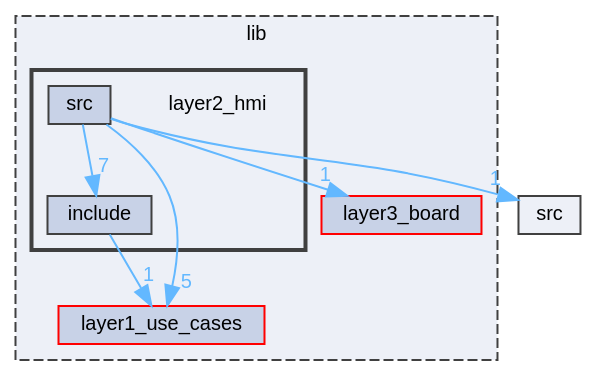
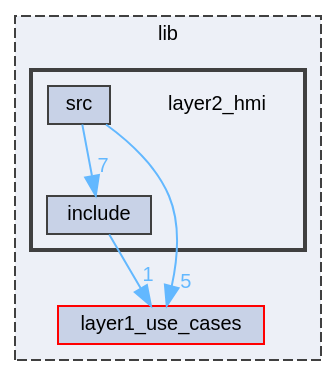
Before and after one commit to Task-Tracker-Systems/Task-Tracker-Device: the diagram in feature/clean-structure-for-hmi-interaction/dir_a647c64d7ac458a08d86dd39ddd46fd3_dep.dot, drawn with Graphviz. The commit also changed 245 other files, not shown here.

```diff
--- a/feature/clean-structure-for-hmi-interaction/dir_a647c64d7ac458a08d86dd39ddd46fd3_dep.dot
+++ b/feature/clean-structure-for-hmi-interaction/dir_a647c64d7ac458a08d86dd39ddd46fd3_dep.dot
@@ -1,25 +1,21 @@
 digraph "lib/layer2_hmi"
 {
  // LATEX_PDF_SIZE
   bgcolor="transparent";
   edge [fontname=Helvetica,fontsize=10,labelfontname=Helvetica,labelfontsize=10];
   node [fontname=Helvetica,fontsize=10,shape=box,height=0.2,width=0.4];
   compound=true
   subgraph clusterdir_97aefd0d527b934f1d99a682da8fe6a9 {
     graph [ bgcolor="#edf0f7", pencolor="grey25", label="lib", fontname=Helvetica,fontsize=10 style="filled,dashed", URL="dir_97aefd0d527b934f1d99a682da8fe6a9.xhtml",tooltip=""]
   dir_bc8d9efccb68c9442e5dc466270ac2ea [label="layer1_use_cases", fillcolor="#c8d2e7", color="red", style="filled", URL="dir_bc8d9efccb68c9442e5dc466270ac2ea.xhtml",tooltip=""];
-  dir_5c46fa0267ad0d15fb3a57afaaf550a7 [label="layer3_board", fillcolor="#c8d2e7", color="red", style="filled", URL="dir_5c46fa0267ad0d15fb3a57afaaf550a7.xhtml",tooltip="board abstraction layer"];
   subgraph clusterdir_a647c64d7ac458a08d86dd39ddd46fd3 {
     graph [ bgcolor="#edf0f7", pencolor="grey25", label="", fontname=Helvetica,fontsize=10 style="filled,bold", URL="dir_a647c64d7ac458a08d86dd39ddd46fd3.xhtml",tooltip=""]
     dir_a647c64d7ac458a08d86dd39ddd46fd3 [shape=plaintext, label="layer2_hmi"];
   dir_5cc884592035fcf1f8f92921114afb76 [label="include", fillcolor="#c8d2e7", color="grey25", style="filled", URL="dir_5cc884592035fcf1f8f92921114afb76.xhtml",tooltip=""];
   dir_9bd86a7a38936839c6e136efba5b5507 [label="src", fillcolor="#c8d2e7", color="grey25", style="filled", URL="dir_9bd86a7a38936839c6e136efba5b5507.xhtml",tooltip=""];
   }
   }
-  dir_68267d1309a1af8e8297ef4c3efbcdba [label="src", fillcolor="#edf0f7", color="grey25", style="filled", URL="dir_68267d1309a1af8e8297ef4c3efbcdba.xhtml",tooltip=""];
   dir_5cc884592035fcf1f8f92921114afb76->dir_bc8d9efccb68c9442e5dc466270ac2ea [headlabel="1", labeldistance=1.5 headhref="dir_000002_000004.xhtml" href="dir_000002_000004.xhtml" color="steelblue1" fontcolor="steelblue1"];
-  dir_9bd86a7a38936839c6e136efba5b5507->dir_5c46fa0267ad0d15fb3a57afaaf550a7 [headlabel="1", labeldistance=1.5 headhref="dir_000010_000006.xhtml" href="dir_000010_000006.xhtml" color="steelblue1" fontcolor="steelblue1"];
   dir_9bd86a7a38936839c6e136efba5b5507->dir_5cc884592035fcf1f8f92921114afb76 [headlabel="7", labeldistance=1.5 headhref="dir_000010_000002.xhtml" href="dir_000010_000002.xhtml" color="steelblue1" fontcolor="steelblue1"];
-  dir_9bd86a7a38936839c6e136efba5b5507->dir_68267d1309a1af8e8297ef4c3efbcdba [headlabel="1", labeldistance=1.5 headhref="dir_000010_000013.xhtml" href="dir_000010_000013.xhtml" color="steelblue1" fontcolor="steelblue1"];
   dir_9bd86a7a38936839c6e136efba5b5507->dir_bc8d9efccb68c9442e5dc466270ac2ea [headlabel="5", labeldistance=1.5 headhref="dir_000010_000004.xhtml" href="dir_000010_000004.xhtml" color="steelblue1" fontcolor="steelblue1"];
 }
```
